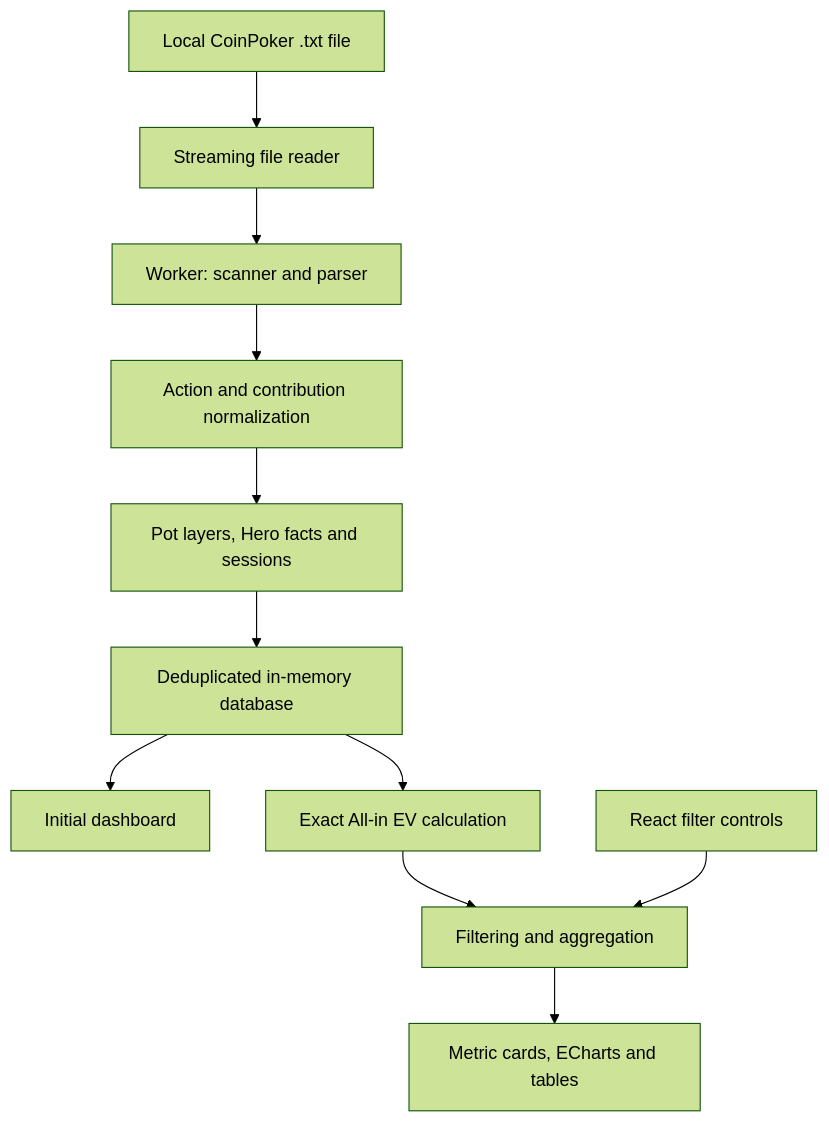
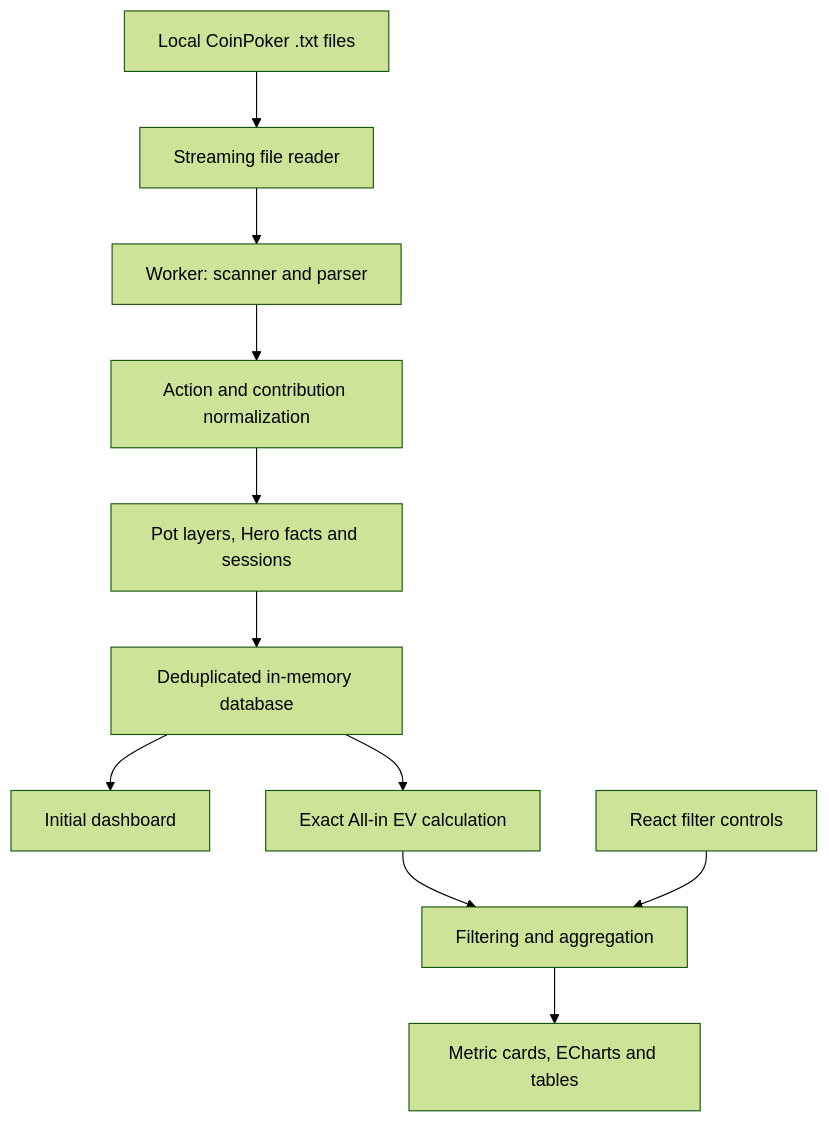
The diagram in README.md (rostickkin/coinpoker-dashboard), drawn with Mermaid (forest theme) before and after one commit. The commit also changed other lines of this file and 11 other files, not shown here.

````diff
--- a/README.md
+++ b/README.md
@@ -38,13 +38,13 @@
 ```mermaid
 flowchart TD
-    A[Local CoinPoker .txt file] --> B[Streaming file reader]
+    A[Local CoinPoker .txt files] --> B[Streaming file reader]
     B --> C[Worker: scanner and parser]
     C --> D[Action and contribution normalization]
     D --> E[Pot layers, Hero facts and sessions]
     E --> F[Deduplicated in-memory database]
     F --> G[Initial dashboard]
     F --> H[Exact All-in EV calculation]
     H --> I[Filtering and aggregation]
     J[React filter controls] --> I
     I --> K[Metric cards, ECharts and tables]
 ```
````
